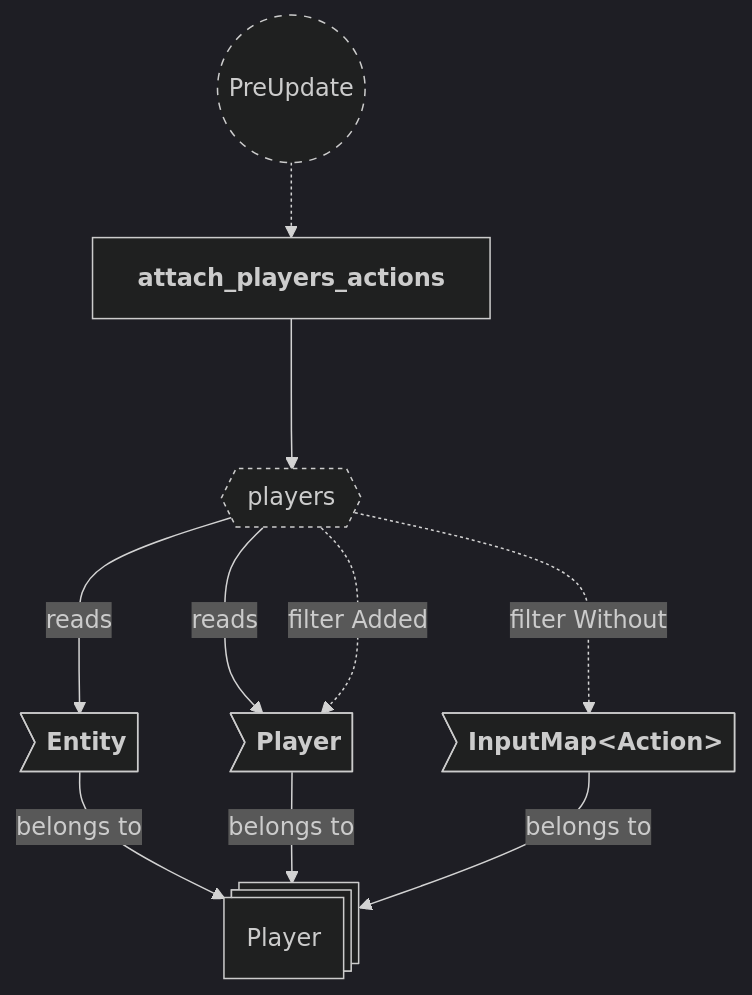
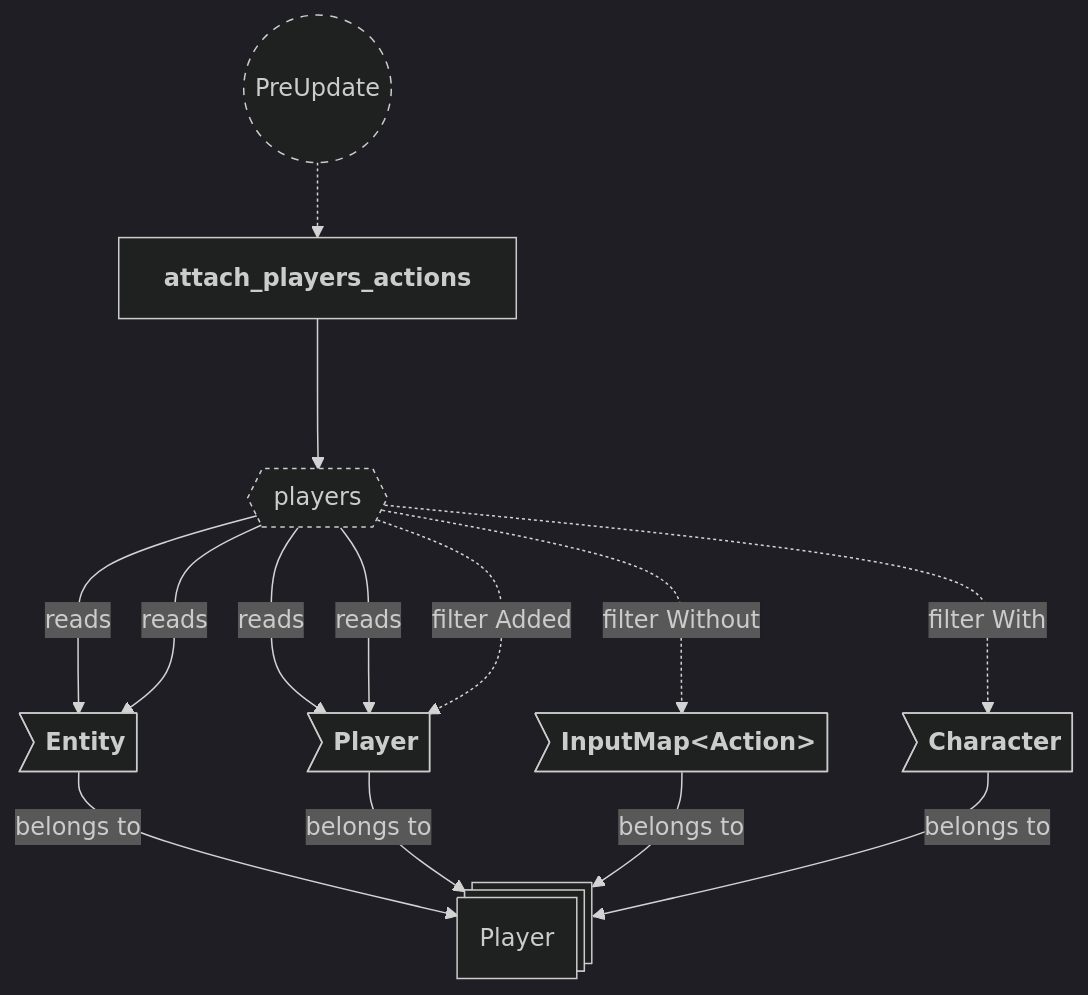
One commit to neurosoup/tyled changed the second of 6 diagrams in backlog/docs/doc-2 - 002-Input-plugin.md. Above: the diagram before and after it, drawn with Mermaid. The commit also changed other lines of this file and 7 other files, not shown here.

````diff
--- a/backlog/docs/doc-2 - 002-Input-plugin.md
+++ b/backlog/docs/doc-2 - 002-Input-plugin.md
@@ -76,29 +76,34 @@
 ```mermaid
 ---
 config:
   theme: dark
 ---
 
 flowchart TD
 classDef system-group stroke-dasharray: 5 5
 classDef query stroke-dasharray: 3 3
 
 preupdate(("`PreUpdate`")):::system-group
 attach_players_actions["`**attach_players_actions**`"]
 
 preupdate -.-> attach_players_actions
 
 players_query{{"`players`"}}:::query
 attach_players_actions ---> players_query
 
 player_entity@{ shape: st-rect, label: "Player" }
 
 pe_entity>"`**Entity**`"] --> |belongs to| player_entity
 pe_player>"`**Player**`"] --> |belongs to| player_entity
 pe_input_map>"`**InputMap#60;Action#62;**`"] --> |belongs to| player_entity
 
 players_query ---> |reads| pe_entity
 players_query ---> |reads| pe_player
+pe_character>"`**Character**`"] --> |belongs to| player_entity
+
+players_query ---> |reads| pe_entity
+players_query ---> |reads| pe_player
 players_query -..-> |filter Added| pe_player
 players_query -..-> |filter Without| pe_input_map
+players_query -..-> |filter With| pe_character
 ```
````
